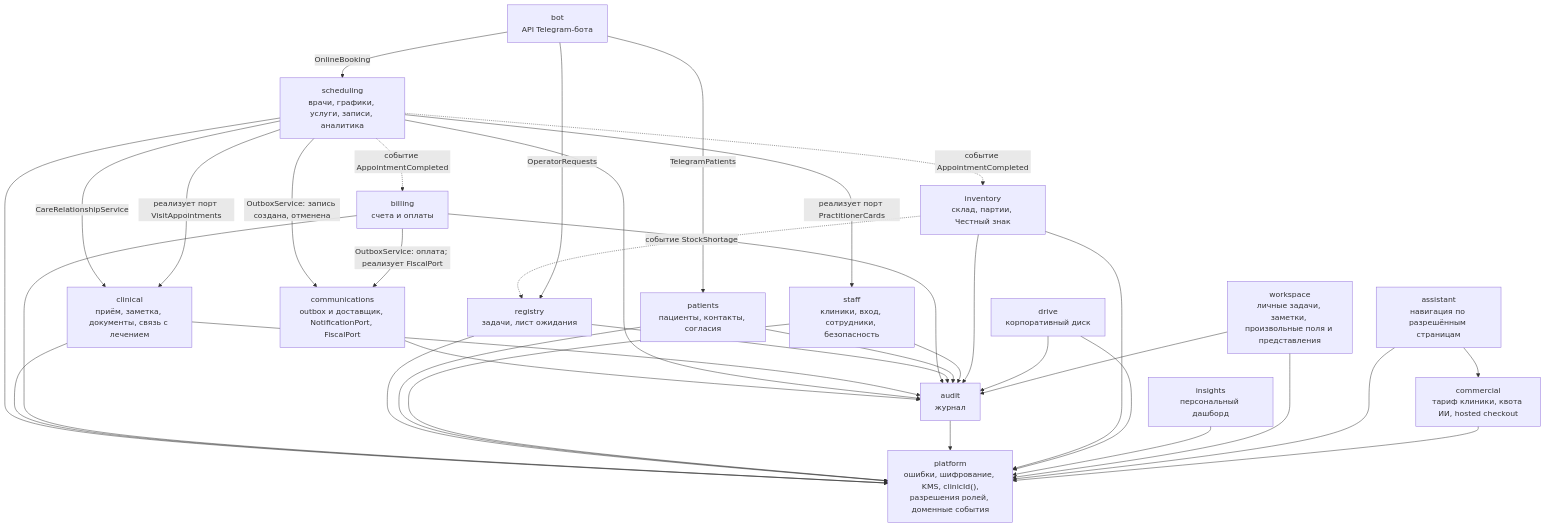
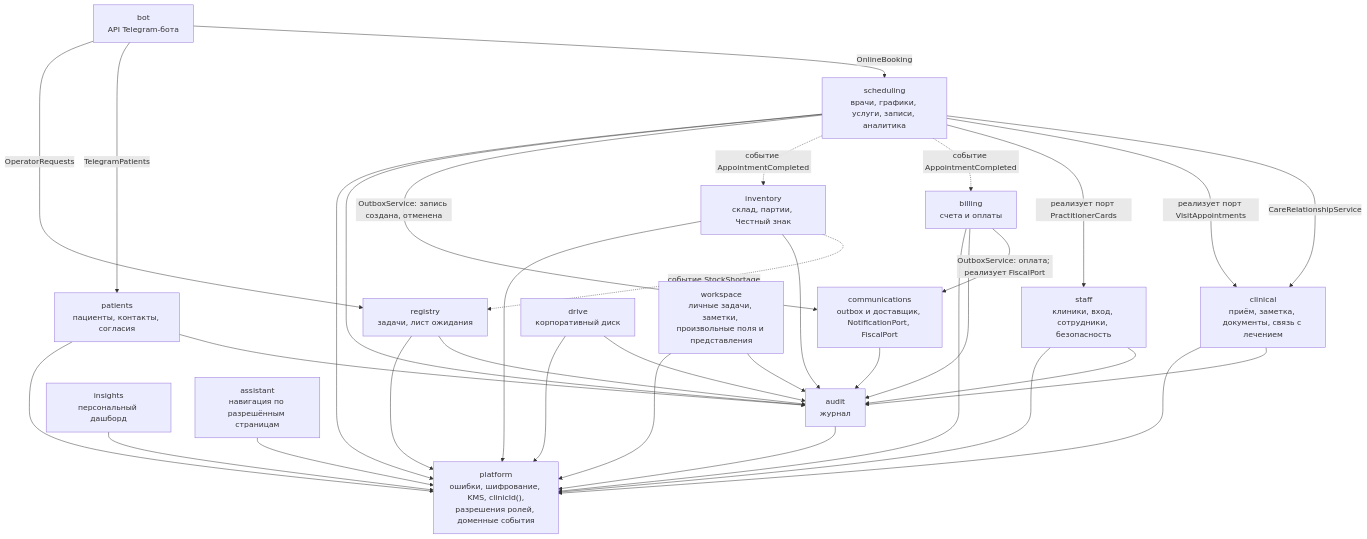
One commit to IlyaSimis/AlphaCRM changed the second of 5 diagrams in docs/architecture.md. Above: the diagram before and after it, drawn with Mermaid. The commit also changed other lines of this file and 43 other files, not shown here.

````diff
--- a/docs/architecture.md
+++ b/docs/architecture.md
@@ -65,36 +65,34 @@
 ```mermaid
 flowchart TB
     scheduling["scheduling<br/>врачи, графики, услуги, записи, аналитика"]
     clinical["clinical<br/>приём, заметка, документы, связь с лечением"]
     billing["billing<br/>счета и оплаты"]
     registry["registry<br/>задачи, лист ожидания"]
     patients["patients<br/>пациенты, контакты, согласия"]
     staff["staff<br/>клиники, вход, сотрудники, безопасность"]
     communications["communications<br/>outbox и доставщик, NotificationPort, FiscalPort"]
     audit["audit<br/>журнал"]
     inventory["inventory<br/>склад, партии, Честный знак"]
     drive["drive<br/>корпоративный диск"]
     insights["insights<br/>персональный дашборд"]
     workspace["workspace<br/>личные задачи, заметки, произвольные поля и представления"]
     assistant["assistant<br/>навигация по разрешённым страницам"]
-    commercial["commercial<br/>тариф клиники, квота ИИ, hosted checkout"]
     platform["platform<br/>ошибки, шифрование, KMS, clinicId(),<br/>разрешения ролей, доменные события"]
 
     scheduling -->|"CareRelationshipService"| clinical
     scheduling -->|"реализует порт VisitAppointments"| clinical
     scheduling -->|"реализует порт PractitionerCards"| staff
     scheduling -.->|"событие AppointmentCompleted"| billing
     scheduling -.->|"событие AppointmentCompleted"| inventory
     inventory -.->|"событие StockShortage"| registry
     scheduling -->|"OutboxService: запись создана, отменена"| communications
     billing -->|"OutboxService: оплата; реализует FiscalPort"| communications
     communications --> audit
     bot["bot<br/>API Telegram-бота"]
     bot -->|"OnlineBooking"| scheduling
     bot -->|"TelegramPatients"| patients
     bot -->|"OperatorRequests"| registry
     scheduling & clinical & billing & registry & patients & staff & inventory & drive & workspace --> audit
     scheduling & clinical & billing & registry & patients & staff & audit & inventory & drive & insights & workspace --> platform
-    assistant --> commercial
-    assistant & commercial --> platform
+    assistant --> platform
 ```
````
